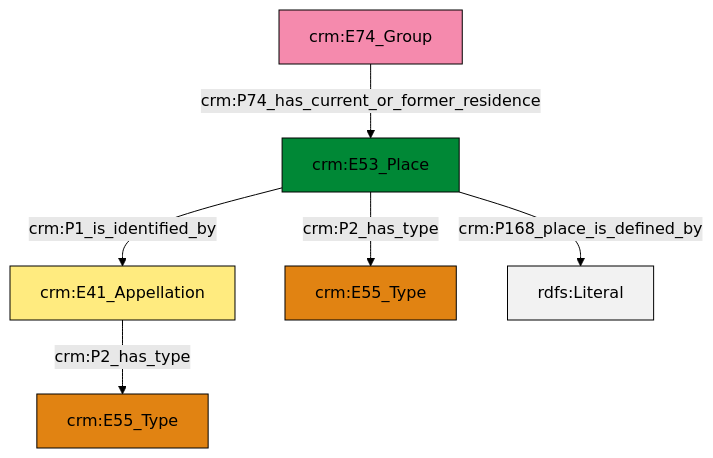
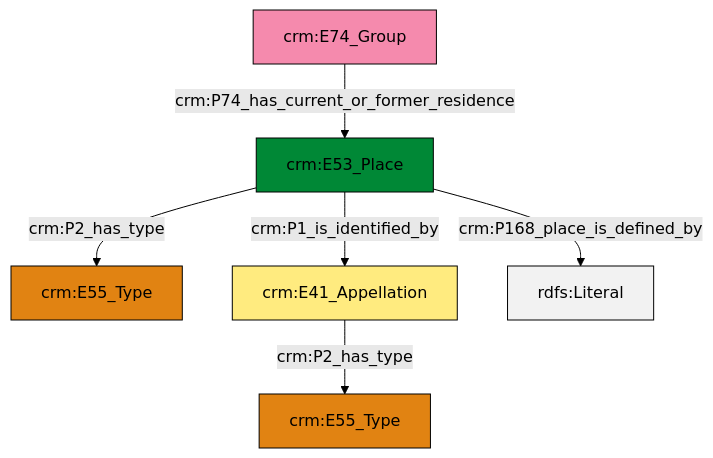
Before and after one commit to swiss-art-research-net/docs.swissartresearch: the diagram in et/groupCSV/ttl/mmd/group_location.ttl.mmd, drawn with Mermaid (forest theme). The commit also changed 172 other files, not shown here.

```diff
--- a/et/groupCSV/ttl/mmd/group_location.ttl.mmd
+++ b/et/groupCSV/ttl/mmd/group_location.ttl.mmd
@@ -1,20 +1,20 @@
 graph TD
 classDef Literal fill:#f2f2f2,stroke:#000000;
 classDef CRM_Entity fill:#FFFFFF,stroke:#000000;
 classDef Temporal_Entity fill:#00C9E6, stroke:#000000;
 classDef Type fill:#E18312, stroke:#000000;
 classDef Time-Span fill:#2C9C91, stroke:#000000;
 classDef Appellation fill:#FFEB7F, stroke:#000000;
 classDef Place fill:#008836, stroke:#000000;
 classDef Persistent_Item fill:#B266B2, stroke:#000000;
 classDef Conceptual_Object fill:#FFD700, stroke:#000000;
 classDef Physical_Thing fill:#D2B48C, stroke:#000000;
 classDef Actor fill:#f58aad, stroke:#000000;
 classDef PC_Classes fill:#4ce600, stroke:#000000;
 classDef Multi fill:#cccccc,stroke:#000000;
 
-0["crm:E53_Place"]:::Place -->|crm:P1_is_identified_by| 1["crm:E41_Appellation"]:::Appellation
-0["crm:E53_Place"]:::Place -->|crm:P2_has_type| 3["crm:E55_Type"]:::Type
-1["crm:E41_Appellation"]:::Appellation -->|crm:P2_has_type| 7["crm:E55_Type"]:::Type
-4["crm:E74_Group"]:::Actor -->|crm:P74_has_current_or_former_residence| 0["crm:E53_Place"]:::Place
+0["crm:E53_Place"]:::Place -->|crm:P2_has_type| 1["crm:E55_Type"]:::Type
+0["crm:E53_Place"]:::Place -->|crm:P1_is_identified_by| 2["crm:E41_Appellation"]:::Appellation
+2["crm:E41_Appellation"]:::Appellation -->|crm:P2_has_type| 9["crm:E55_Type"]:::Type
 0["crm:E53_Place"]:::Place -->|crm:P168_place_is_defined_by| 11[rdfs:Literal]:::Literal
+6["crm:E74_Group"]:::Actor -->|crm:P74_has_current_or_former_residence| 0["crm:E53_Place"]:::Place
```
